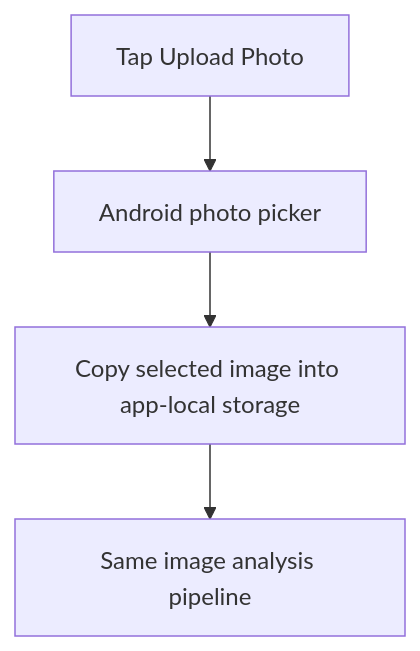
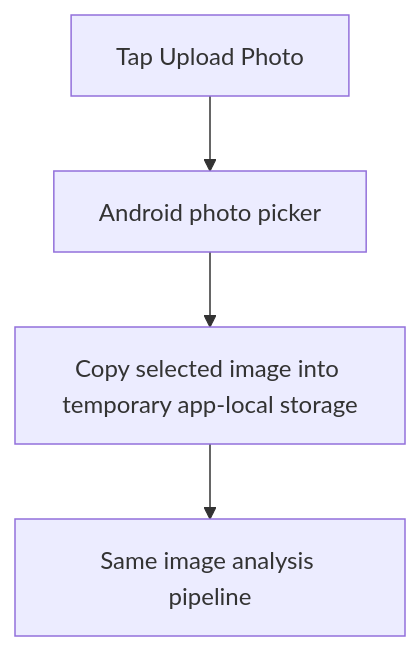
One commit to Bhagat-Atul/ultraprocessed changed the sixth of 8 diagrams in documentation/00-android-app-guide.md. Above: the diagram before and after it, drawn with Mermaid. The commit also changed other lines of this file and 54 other files, not shown here.

````diff
--- a/documentation/00-android-app-guide.md
+++ b/documentation/00-android-app-guide.md
@@ -186,6 +181,6 @@
 ```mermaid
 flowchart TD
     Upload[Tap Upload Photo] --> Picker[Android photo picker]
-    Picker --> Copy[Copy selected image into app-local storage]
+    Picker --> Copy[Copy selected image into temporary app-local storage]
     Copy --> Analyze[Same image analysis pipeline]
 ```
````
